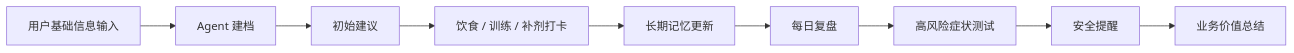
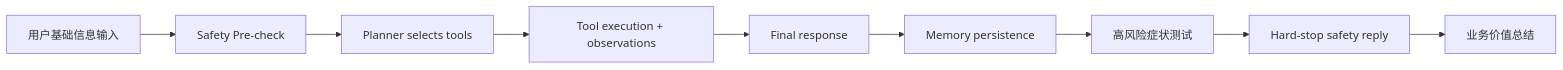
One commit to xli561980-ship-it/psmf-agent changed the diagram in docs/demo-walkthrough.md. Above: the diagram before and after it, drawn with Mermaid. The commit also changed other lines of this file and 4 other files, not shown here.

Commit message:
docs: update architecture to tool-using agent workflow

````diff
--- a/docs/demo-walkthrough.md
+++ b/docs/demo-walkthrough.md
@@ -34,11 +35,11 @@
 ```mermaid
 flowchart LR
-    A["用户基础信息输入"] --> B["Agent 建档"]
-    B --> C["初始建议"]
-    C --> D["饮食 / 训练 / 补剂打卡"]
-    D --> E["长期记忆更新"]
-    E --> F["每日复盘"]
+    A["用户基础信息输入"] --> B["Safety Pre-check"]
+    B --> C["Planner selects tools"]
+    C --> D["Tool execution + observations"]
+    D --> E["Final response"]
+    E --> F["Memory persistence"]
     F --> G["高风险症状测试"]
-    G --> H["安全提醒"]
+    G --> H["Hard-stop safety reply"]
     H --> I["业务价值总结"]
 ```
````
